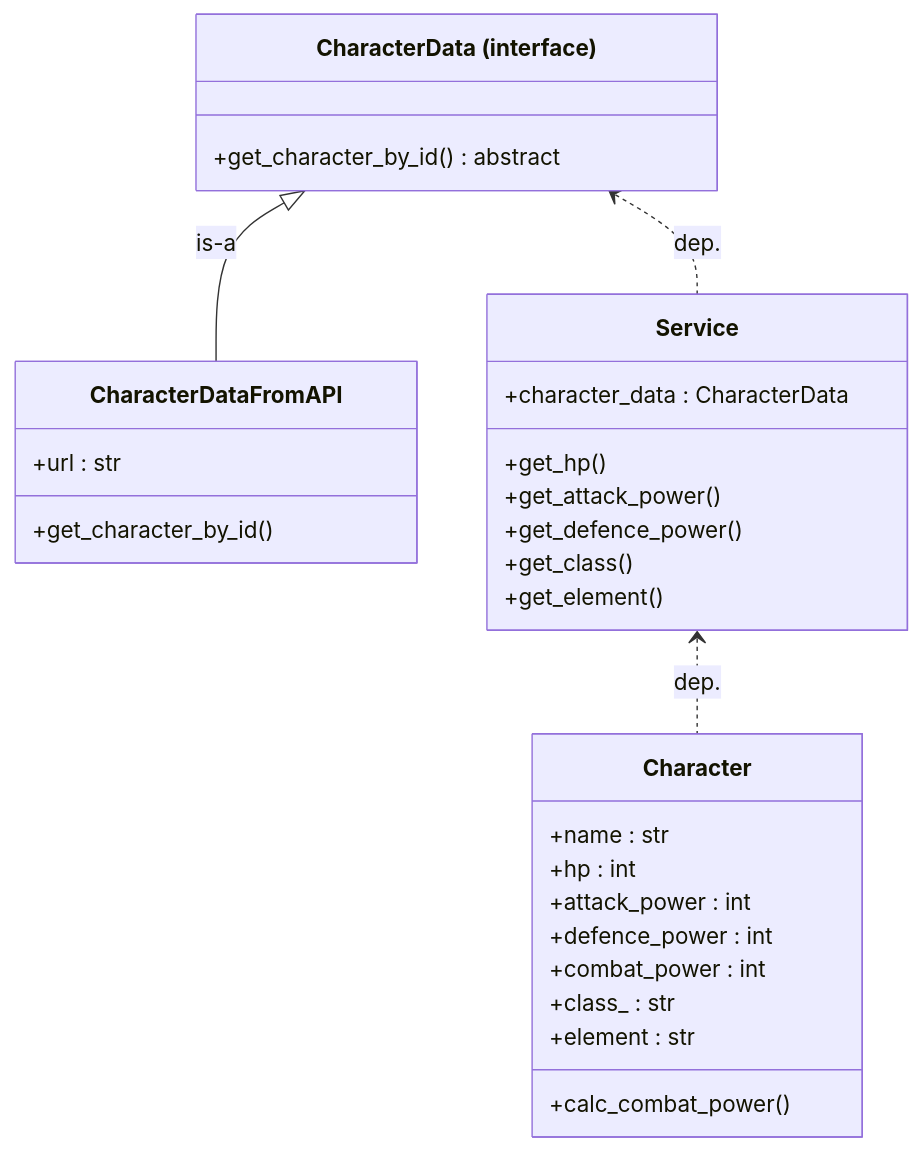
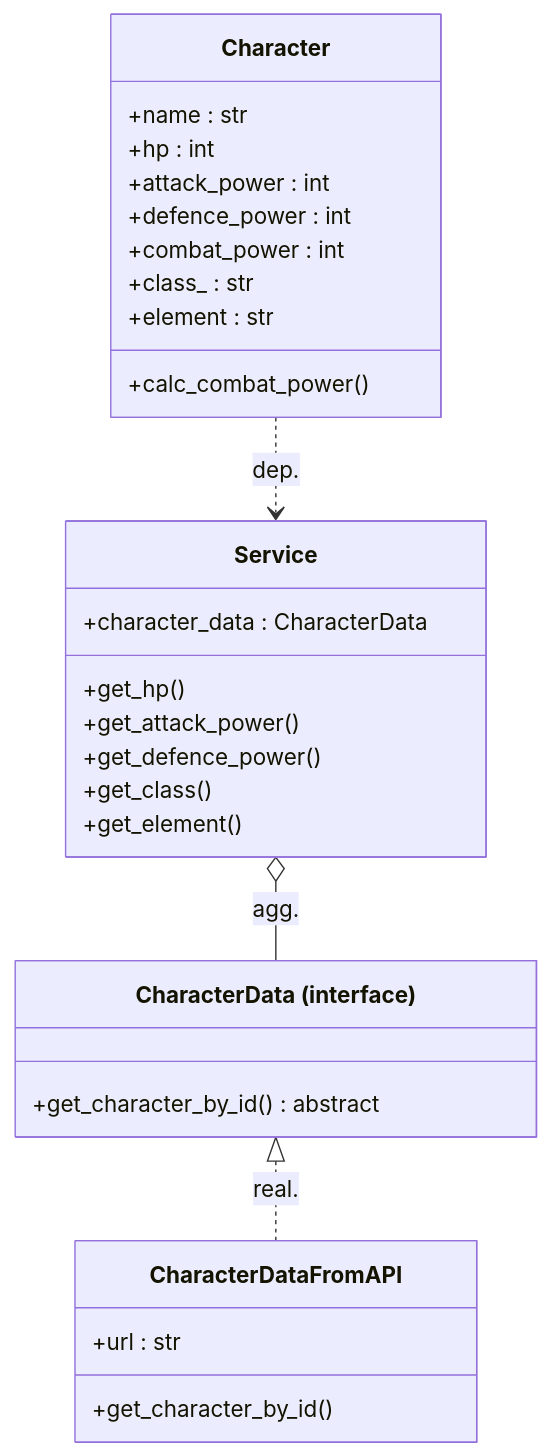
Before and after one commit to naorex/nikke_sim: the diagram in docs/ClassDiagrams.md, drawn with Mermaid.

Commit message:
UPDATE : class diagram fixed

````diff
--- a/docs/ClassDiagrams.md
+++ b/docs/ClassDiagrams.md
@@ -3,38 +3,37 @@
 ```mermaid
 classDiagram
 
 class CharacterData ["CharacterData (interface)"] {
     +get_character_by_id() abstract
 }
 
 class CharacterDataFromAPI {
     +url : str
     +get_character_by_id()
 }
 
 class Service {
     +character_data : CharacterData
     +get_hp()
     +get_attack_power()
     +get_defence_power()
     +get_class()
     +get_element()
 }
 
 class Character {
     +name : str
     +hp : int
     +attack_power : int
     +defence_power : int
     +combat_power : int
     +class_ : str
     +element : str
     +calc_combat_power()
 }
 
-CharacterData <|-- CharacterDataFromAPI : is-a
-CharacterData <.. Service : dep.
-
-Service <.. Character : dep.
+Character ..> Service : dep.
+Service o-- CharacterData : agg.
+CharacterData <|.. CharacterDataFromAPI : real.
 
 ```
````
